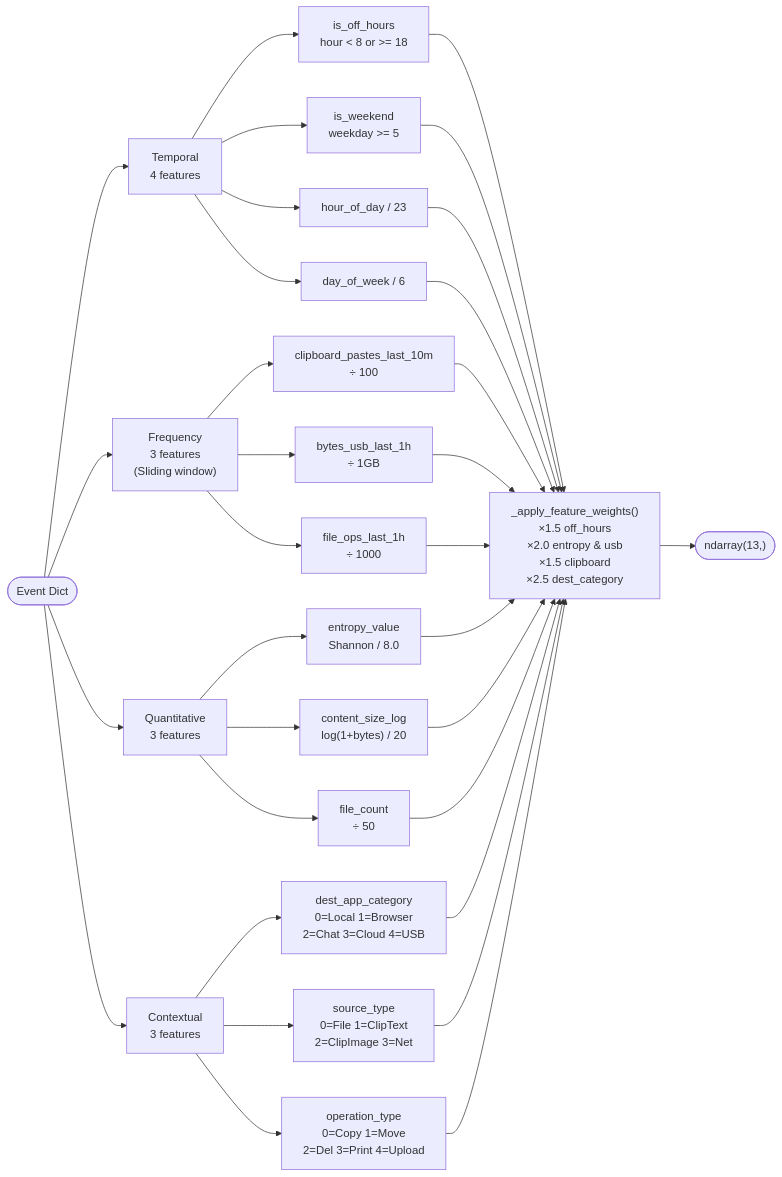
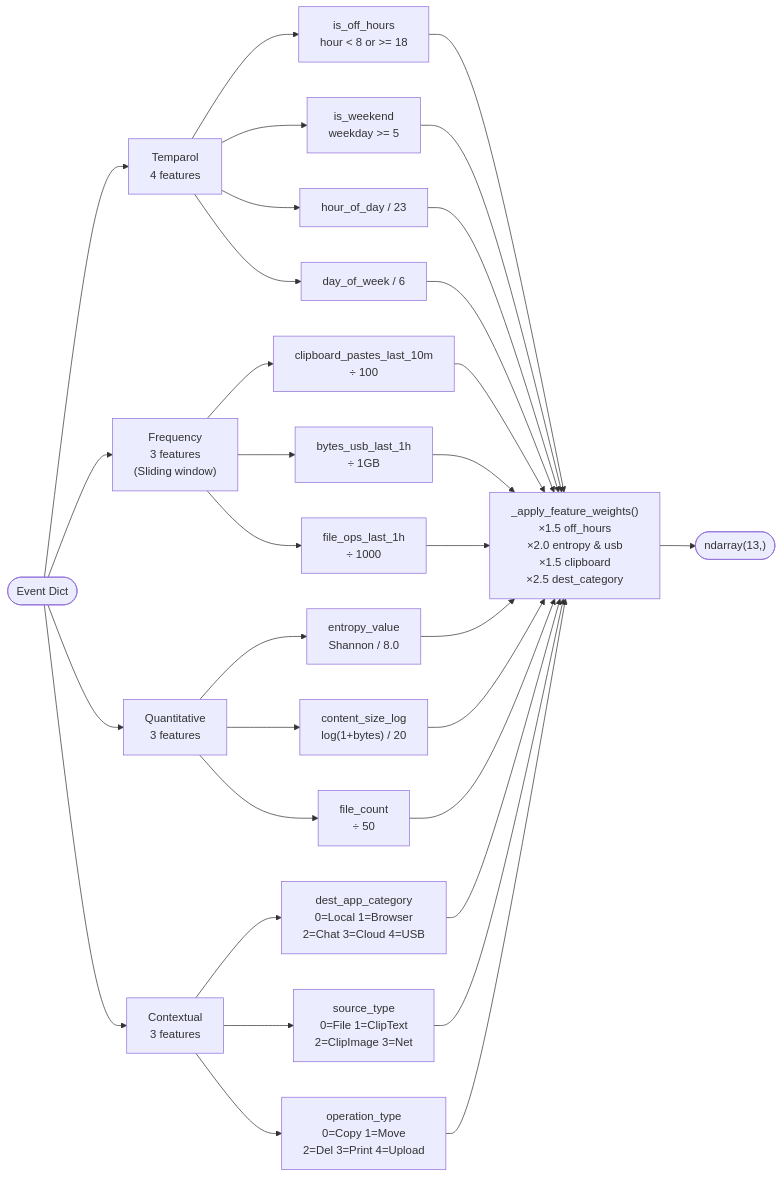
The second of 3 diagrams in HybridDLP_ED/ml_architecture.md (Pgl0rd/DLD_IA01), drawn with Mermaid before and after one commit. The commit also changed other lines of this file and 49 other files, not shown here.

````diff
--- a/HybridDLP_ED/ml_architecture.md
+++ b/HybridDLP_ED/ml_architecture.md
@@ -72,28 +72,28 @@
 ```mermaid
 flowchart LR
     EVT(["Event Dict"])
 
-    EVT --> T["Temporal\n4 features"]
+    EVT --> T["Temparol\n4 features"]
     T --> T1["is_off_hours\nhour < 8 or >= 18"]
     T --> T2["is_weekend\nweekday >= 5"]
     T --> T3["hour_of_day / 23"]
     T --> T4["day_of_week / 6"]
 
     EVT --> F["Frequency\n3 features\n(Sliding window)"]
     F --> F1["clipboard_pastes_last_10m\n÷ 100"]
     F --> F2["bytes_usb_last_1h\n÷ 1GB"]
     F --> F3["file_ops_last_1h\n÷ 1000"]
 
     EVT --> Q["Quantitative\n3 features"]
     Q --> Q1["entropy_value\nShannon / 8.0"]
     Q --> Q2["content_size_log\nlog(1+bytes) / 20"]
     Q --> Q3["file_count\n÷ 50"]
 
     EVT --> C["Contextual\n3 features"]
     C --> C1["dest_app_category\n0=Local 1=Browser\n2=Chat 3=Cloud 4=USB"]
     C --> C2["source_type\n0=File 1=ClipText\n2=ClipImage 3=Net"]
     C --> C3["operation_type\n0=Copy 1=Move\n2=Del 3=Print 4=Upload"]
 
     T1 & T2 & T3 & T4 & F1 & F2 & F3 & Q1 & Q2 & Q3 & C1 & C2 & C3 --> W["_apply_feature_weights()\n×1.5 off_hours\n×2.0 entropy & usb\n×1.5 clipboard\n×2.5 dest_category"]
     W --> VEC(["ndarray(13,)"])
 ```
````
